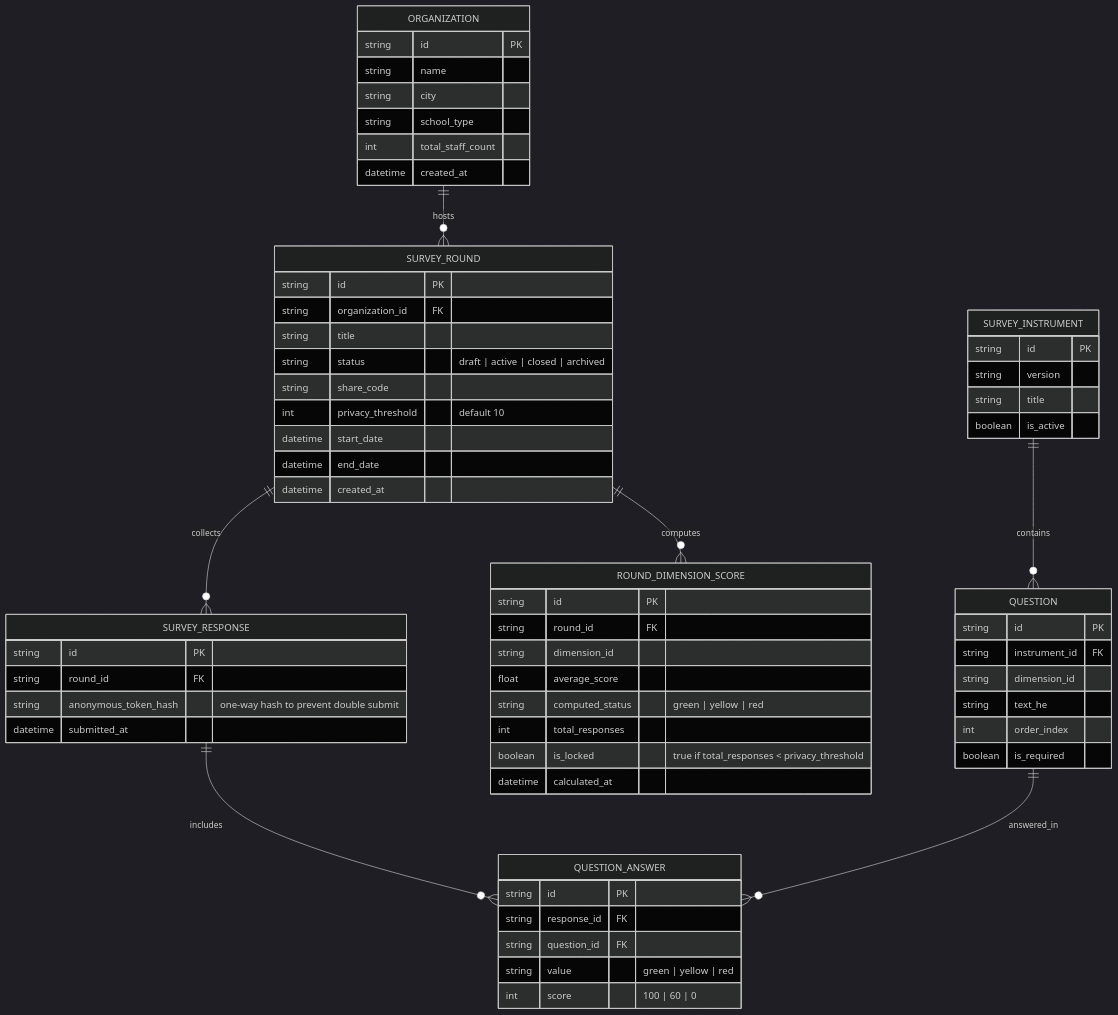
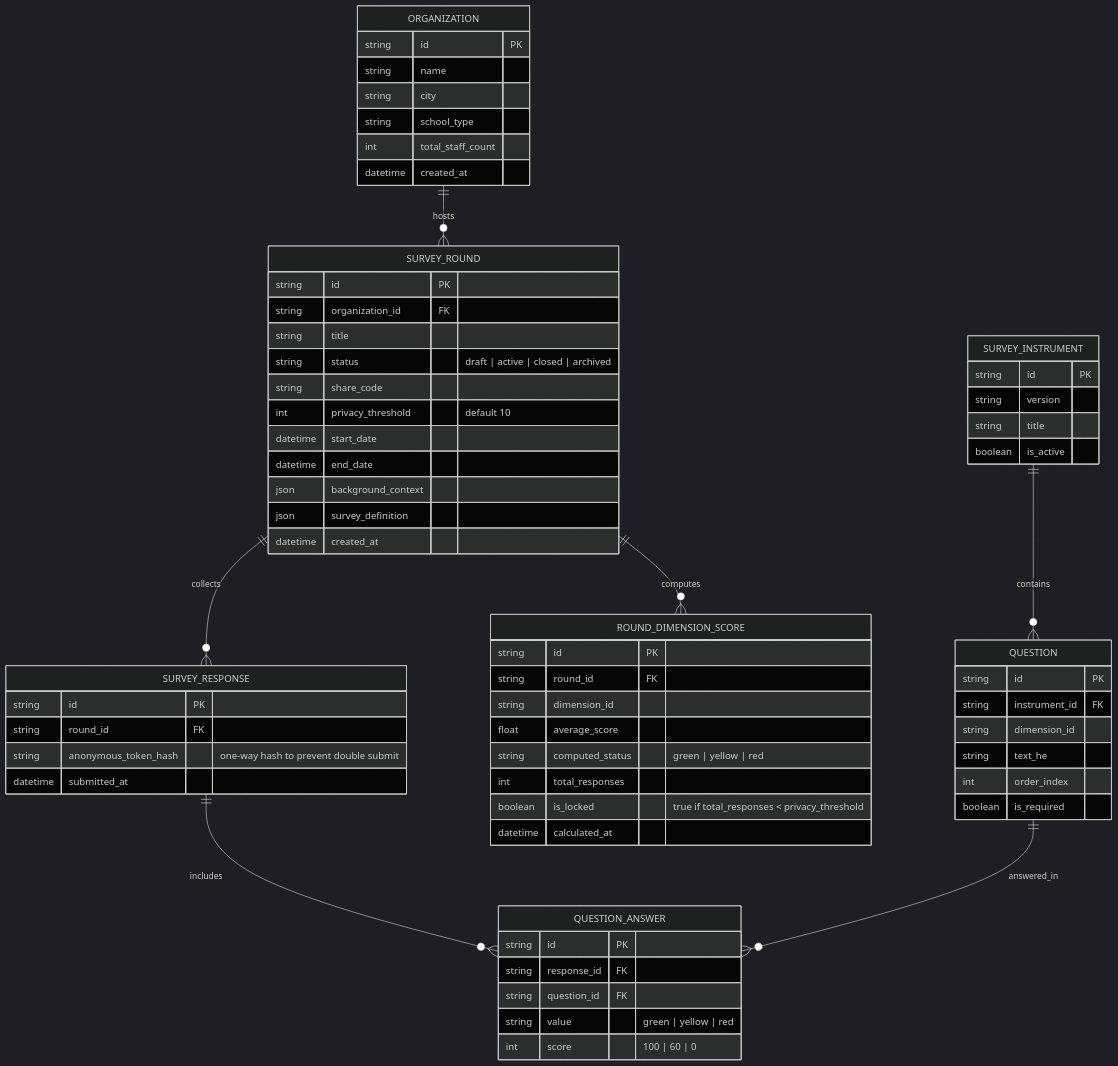
One commit to shteynu/shalomut-map-demo changed the diagram in docs/data-layer-and-backend-plan.md. Above: the diagram before and after it, drawn with Mermaid (dark theme). The commit also changed other lines of this file and 18 other files, not shown here.

````diff
--- a/docs/data-layer-and-backend-plan.md
+++ b/docs/data-layer-and-backend-plan.md
@@ -46,72 +46,74 @@
 ```mermaid
 erDiagram
     ORGANIZATION ||--o{ SURVEY_ROUND : hosts
     SURVEY_ROUND ||--o{ SURVEY_RESPONSE : collects
     SURVEY_ROUND ||--o{ ROUND_DIMENSION_SCORE : computes
     SURVEY_INSTRUMENT ||--o{ QUESTION : contains
     SURVEY_RESPONSE ||--o{ QUESTION_ANSWER : includes
     QUESTION ||--o{ QUESTION_ANSWER : answered_in
 
     ORGANIZATION {
         string id PK
         string name
         string city
         string school_type
         int total_staff_count
         datetime created_at
     }
 
     SURVEY_ROUND {
         string id PK
         string organization_id FK
         string title
         string status "draft | active | closed | archived"
         string share_code
         int privacy_threshold "default 10"
         datetime start_date
         datetime end_date
+        json background_context
+        json survey_definition
         datetime created_at
     }
 
     SURVEY_INSTRUMENT {
         string id PK
         string version
         string title
         boolean is_active
     }
 
     QUESTION {
         string id PK
         string instrument_id FK
         string dimension_id
         string text_he
         int order_index
         boolean is_required
     }
 
     SURVEY_RESPONSE {
         string id PK
         string round_id FK
         string anonymous_token_hash "one-way hash to prevent double submit"
         datetime submitted_at
     }
 
     QUESTION_ANSWER {
         string id PK
         string response_id FK
         string question_id FK
         string value "green | yellow | red"
         int score "100 | 60 | 0"
     }
 
     ROUND_DIMENSION_SCORE {
         string id PK
         string round_id FK
         string dimension_id
         float average_score
         string computed_status "green | yellow | red"
         int total_responses
         boolean is_locked "true if total_responses < privacy_threshold"
         datetime calculated_at
     }
 ```
````
